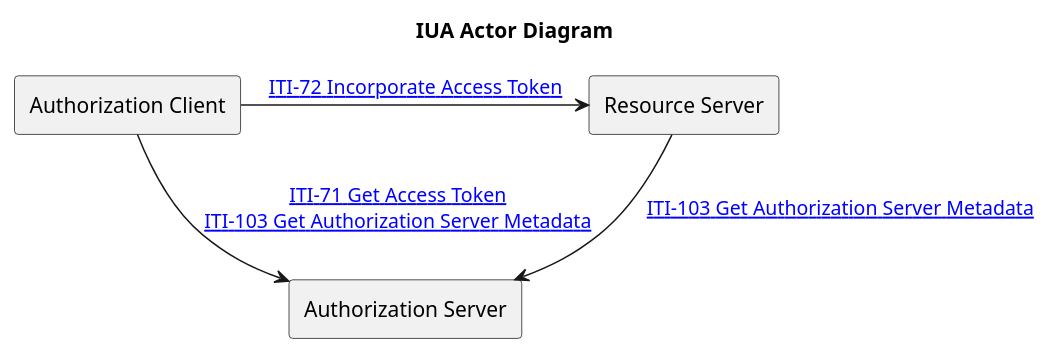
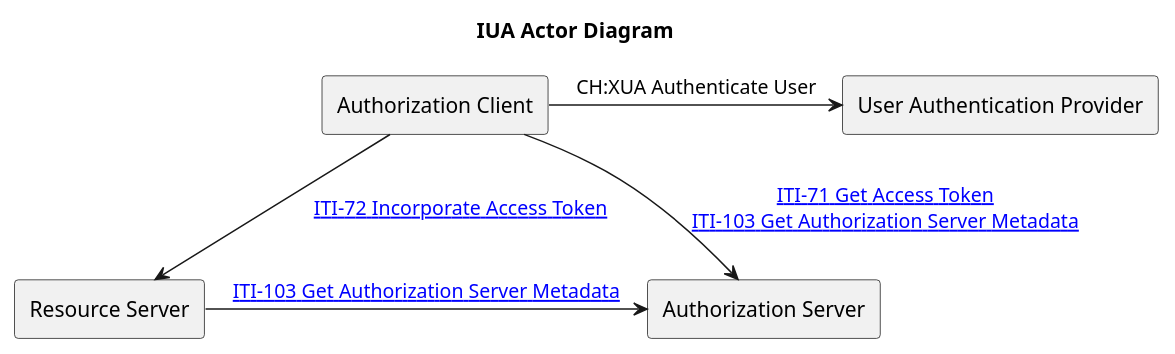
One commit to ehealthsuisse/ch-epr-fhir changed the diagram in input/images-source/IUA_actor_diagram.plantuml. Above: the diagram before and after it, drawn with PlantUML. The commit also changed 6 other files, not shown here.

```diff
--- a/input/images-source/IUA_actor_diagram.plantuml
+++ b/input/images-source/IUA_actor_diagram.plantuml
@@ -1,9 +1,13 @@
 @startuml
 title IUA Actor Diagram
 agent "Authorization Client" as Client
 agent "Resource Server" as ResourceServer
+agent "User Authentication Provider" as UAProvider
 agent "Authorization Server" as Server
-Client -> ResourceServer: "[[iti-72.html ITI-72 Incorporate Access Token]]"
+
+Client -> UAProvider: "CH:XUA Authenticate User"
 Client -down-> Server : "[[iti-71.html ITI-71 Get Access Token]]\n[[iti-103.html ITI-103 Get Authorization Server Metadata]]"
-ResourceServer -down-> Server : "[[iti-103.html ITI-103 Get Authorization Server Metadata]]"
+Client -down-> ResourceServer: "[[iti-72.html ITI-72 Incorporate Access Token]]"
+ResourceServer -> Server : "[[iti-103.html ITI-103 Get Authorization Server Metadata]]"
+
 @enduml
```
